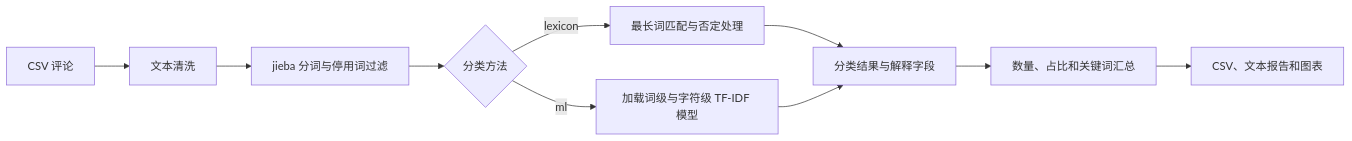
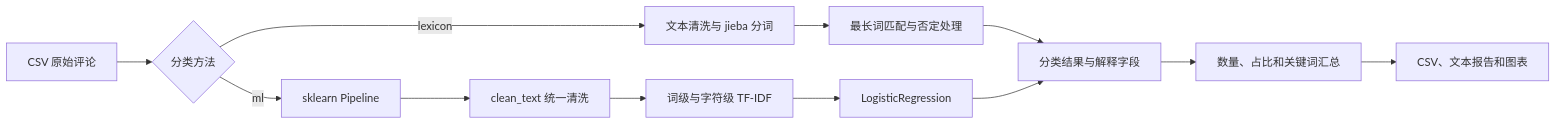
One commit to yueqian777/python-comment-sentiment-analysis-cli changed the diagram in README.md. Above: the diagram before and after it, drawn with Mermaid. The commit also changed other lines of this file and 21 other files, not shown here.

````diff
--- a/README.md
+++ b/README.md
@@ -7,12 +7,14 @@
 ```mermaid
 flowchart LR
-    A[CSV 评论] --> B[文本清洗]
-    B --> C[jieba 分词与停用词过滤]
-    C --> D{分类方法}
-    D -->|lexicon| E[最长词匹配与否定处理]
-    D -->|ml| F[加载词级与字符级 TF-IDF 模型]
+    A[CSV 原始评论] --> D{分类方法}
+    D -->|lexicon| B[文本清洗与 jieba 分词]
+    B --> E[最长词匹配与否定处理]
+    D -->|ml| F[sklearn Pipeline]
+    F --> C[clean_text 统一清洗]
+    C --> K[词级与字符级 TF-IDF]
+    K --> L[LogisticRegression]
     E --> G[分类结果与解释字段]
-    F --> G
+    L --> G
     G --> H[数量、占比和关键词汇总]
     H --> I[CSV、文本报告和图表]
 ```
````
